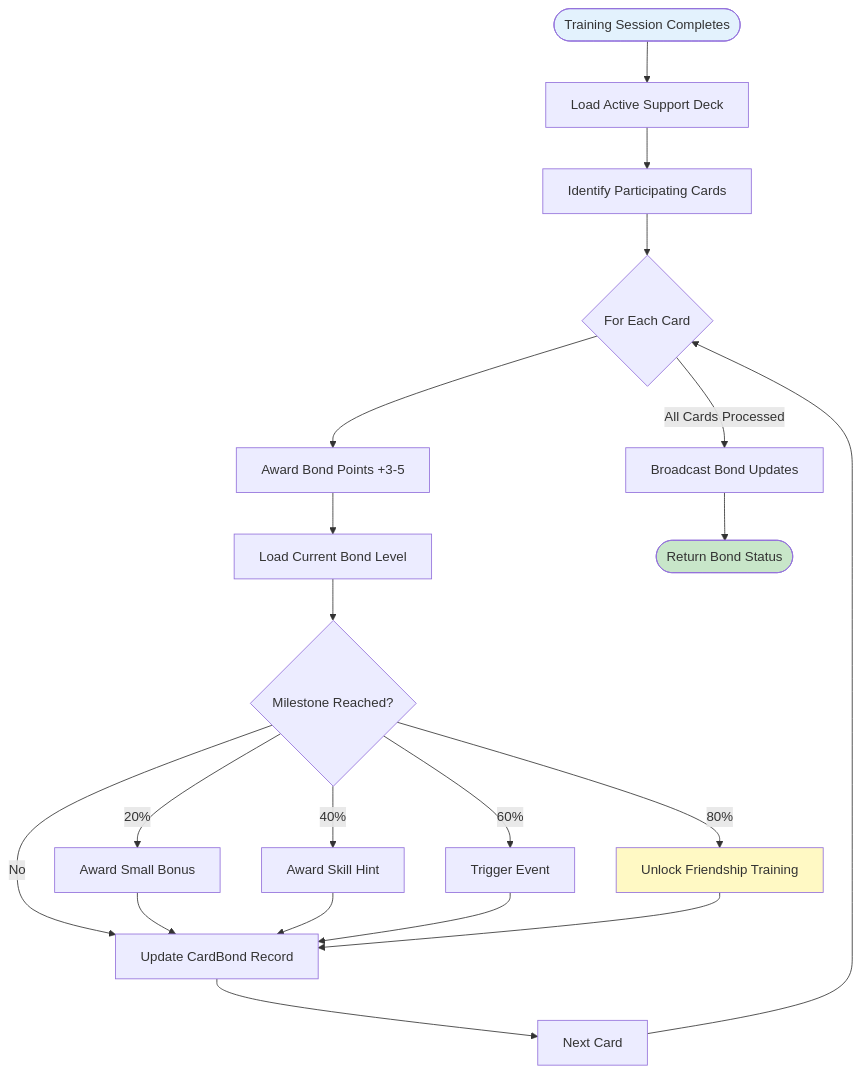
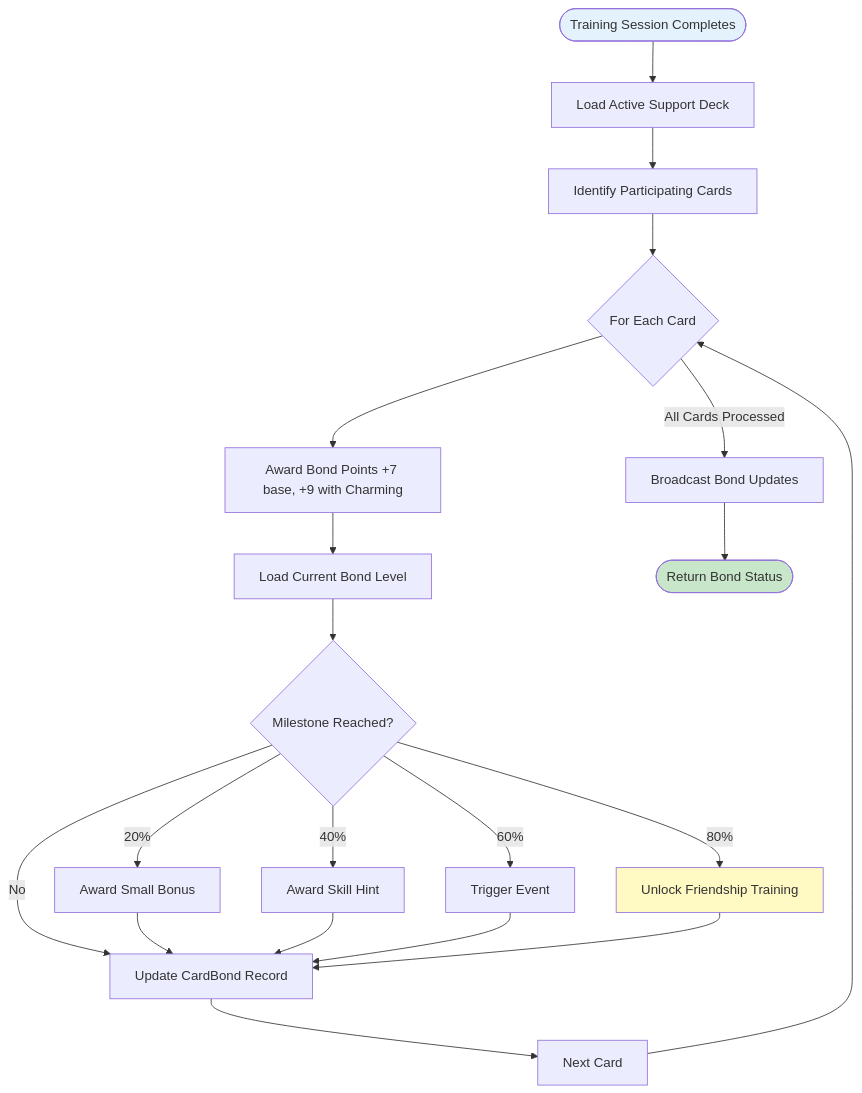
Before and after one commit to exatfrds67/umamusume-career-planner: the fourth of 7 diagrams in docs/01-tech-flow/TECH-FLOW-005_Support_Card_Management_Flow.md, drawn with Mermaid. The commit also changed other lines of this file and 313 other files, not shown here.

````diff
--- a/docs/01-tech-flow/TECH-FLOW-005_Support_Card_Management_Flow.md
+++ b/docs/01-tech-flow/TECH-FLOW-005_Support_Card_Management_Flow.md
@@ -215,31 +215,31 @@
 ```mermaid
 flowchart TD
     Start([Training Session Completes]) --> LoadDeck[Load Active Support Deck]
     LoadDeck --> IdentifyCards[Identify Participating Cards]
     
     IdentifyCards --> ForEach{For Each Card}
-    ForEach --> AwardBond[Award Bond Points +3-5]
+    ForEach --> AwardBond[Award Bond Points +7 base, +9 with Charming]
     AwardBond --> CurrentBond[Load Current Bond Level]
     
     CurrentBond --> CheckThreshold{Milestone Reached?}
     CheckThreshold -->|20%| Reward1[Award Small Bonus]
     CheckThreshold -->|40%| Reward2[Award Skill Hint]
     CheckThreshold -->|60%| Reward3[Trigger Event]
     CheckThreshold -->|80%| Reward4[Unlock Friendship Training]
     CheckThreshold -->|No| UpdateRecord[Update CardBond Record]
     
     Reward1 --> UpdateRecord
     Reward2 --> UpdateRecord
     Reward3 --> UpdateRecord
     Reward4 --> UpdateRecord
     
     UpdateRecord --> NextCard[Next Card]
     NextCard --> ForEach
     
     ForEach -->|All Cards Processed| BroadcastUpdate[Broadcast Bond Updates]
     BroadcastUpdate --> End([Return Bond Status])
     
     style Start fill:#e3f2fd
     style End fill:#c8e6c9
     style Reward4 fill:#fff9c4
 ```
````
